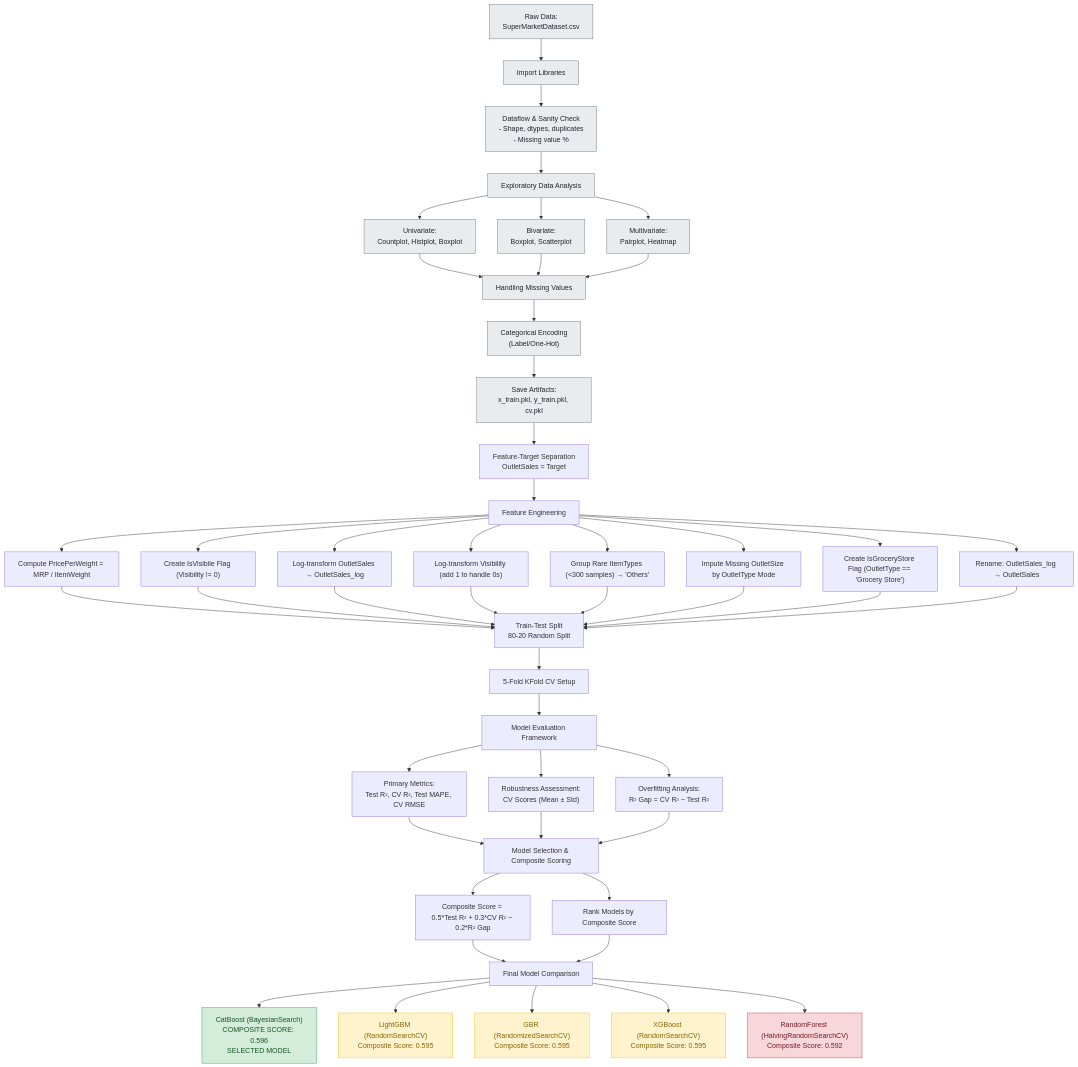
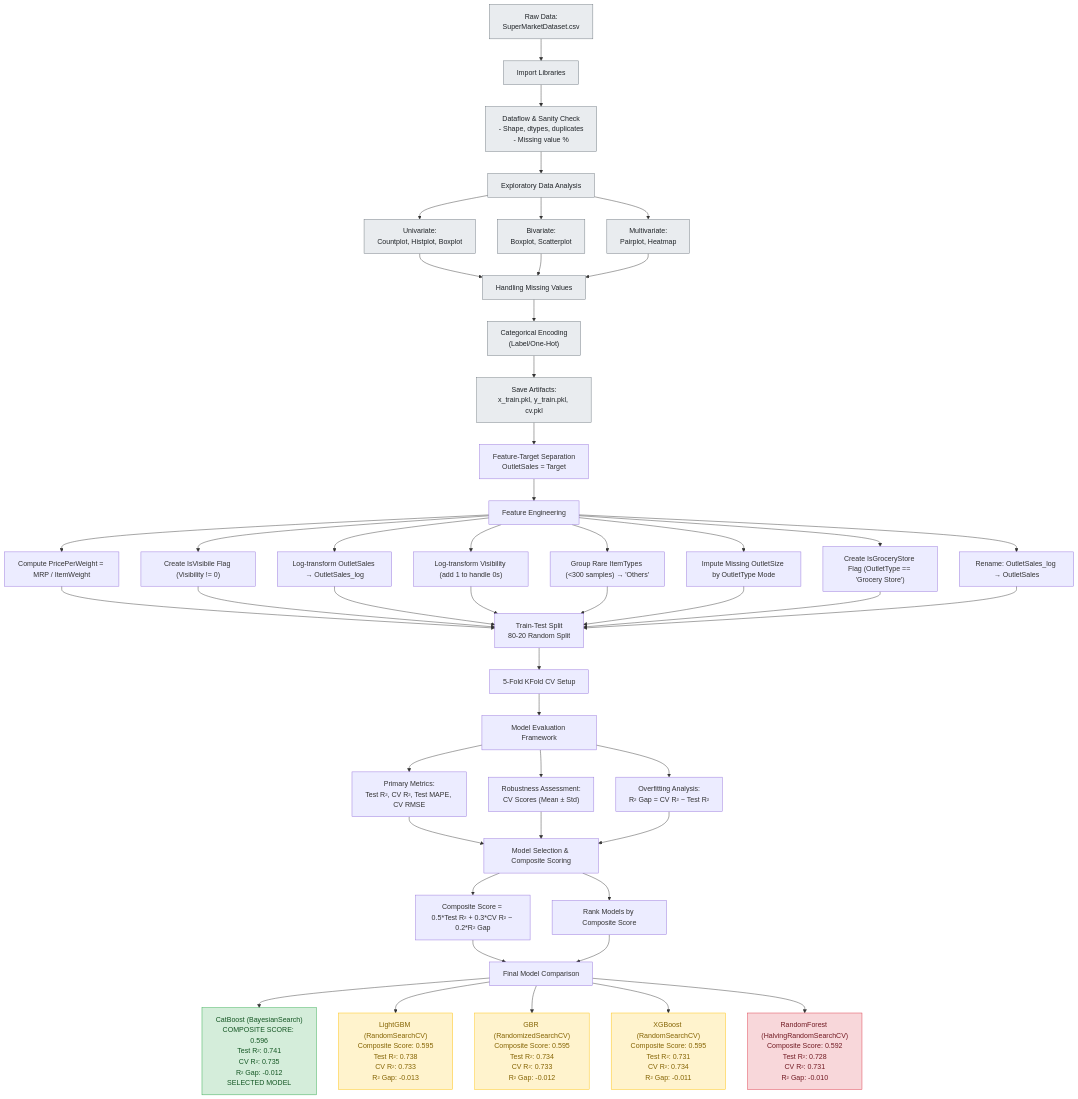
The second of 2 diagrams in README.md (tshihab07/Super-Market-Sales-Forecasting), drawn with Mermaid before and after one commit.

Commit message:
Update modeling flowchart

````diff
--- a/README.md
+++ b/README.md
@@ -184,70 +184,71 @@
 ```mermaid
 flowchart TD
     %% ================ PREPROCESSING PHASE ================
     A0["Raw Data:<br>SuperMarketDataset.csv"] --> A1["Import Libraries"]
     A1 --> A2["Dataflow & Sanity Check<br>- Shape, dtypes, duplicates<br>- Missing value %"]
     A2 --> A3["Exploratory Data Analysis"]
     A3 --> A3a["Univariate:<br>Countplot, Histplot, Boxplot"]
     A3 --> A3b["Bivariate:<br>Boxplot, Scatterplot"]
     A3 --> A3c["Multivariate:<br>Pairplot, Heatmap"]
     A3a --> A4["Handling Missing Values"]
     A3b --> A4
     A3c --> A4
     A4 --> A5["Categorical Encoding<br>(Label/One-Hot)"]
     A5 --> A6["Save Artifacts:<br>x_train.pkl, y_train.pkl, cv.pkl"]
 
     %% ================ MODELING PHASE ================
     A6 --> B["Feature-Target Separation<br>OutletSales = Target"]
     B --> C["Feature Engineering"]
     C --> C1["Compute PricePerWeight = MRP / ItemWeight"]
     C --> C2["Create IsVisibile Flag (Visibility != 0)"]
     C --> C3["Log-transform OutletSales → OutletSales_log"]
     C --> C4["Log-transform Visibility (add 1 to handle 0s)"]
     C --> C5["Group Rare ItemTypes (<300 samples) → 'Others'"]
     C --> C6["Impute Missing OutletSize by OutletType Mode"]
     C --> C7["Create IsGroceryStore Flag (OutletType == 'Grocery Store')"]
     C --> C8["Rename: OutletSales_log → OutletSales"]
     C1 --> D["Train-Test Split<br>80-20 Random Split"]
     C2 --> D
     C3 --> D
     C4 --> D
     C5 --> D
     C6 --> D
     C7 --> D
     C8 --> D
     D --> E["5-Fold KFold CV Setup"]
 
     %% Model Evaluation Framework
     E --> F["Model Evaluation Framework"]
     F --> F1["Primary Metrics:<br>Test R², CV R², Test MAPE, CV RMSE"]
     F --> F2["Robustness Assessment:<br>CV Scores (Mean ± Std)"]
     F --> F3["Overfitting Analysis:<br>R² Gap = CV R² − Test R²"]
 
     %% Model Selection & Composite Scoring
     F1 --> G["Model Selection & Composite Scoring"]
     F2 --> G
     F3 --> G
     G --> G1["Composite Score = 0.5*Test R² + 0.3*CV R² − 0.2*R² Gap"]
     G --> G2["Rank Models by Composite Score"]
 
     %% Final Model Comparison
     G1 --> H["Final Model Comparison"]
     G2 --> H
 
-    H --> I["CatBoost (BayesianSearch)<br>COMPOSITE SCORE: 0.596<br>SELECTED MODEL"]
-    H --> J["LightGBM (RandomSearchCV)<br>Composite Score: 0.595"]
-    H --> K["GBR (RandomizedSearchCV)<br>Composite Score: 0.595"]
-    H --> L["XGBoost (RandomSearchCV)<br>Composite Score: 0.595"]
-    H --> M["RandomForest (HalvingRandomSearchCV)<br>Composite Score: 0.592"]
+    H --> I["CatBoost (BayesianSearch)<br>COMPOSITE SCORE: 0.596<br>Test R²: 0.741<br>CV R²: 0.735<br>R² Gap: -0.012<br>SELECTED MODEL"]
+    H --> J["LightGBM (RandomSearchCV)<br>Composite Score: 0.595<br>Test R²: 0.738<br>CV R²: 0.733<br>R² Gap: -0.013"]
+    H --> K["GBR (RandomizedSearchCV)<br>Composite Score: 0.595<br>Test R²: 0.734<br>CV R²: 0.733<br>R² Gap: -0.012"]
+    H --> L["XGBoost (RandomSearchCV)<br>Composite Score: 0.595<br>Test R²: 0.731<br>CV R²: 0.734<br>R² Gap: -0.011"]
+    H --> M["RandomForest (HalvingRandomSearchCV)<br>Composite Score: 0.592<br>Test R²: 0.728<br>CV R²: 0.731<br>R² Gap: -0.010"]
+
 
     %% Styling
     classDef selected fill:#d4edda,stroke:#28a745,color:#155724;
     classDef good fill:#fff3cd,stroke:#ffc107,color:#856404;
     classDef fair fill:#f8d7da,stroke:#dc3545,color:#721c24;
     classDef prep fill:#e9ecef,stroke:#6c757d,color:#212529;
 
     class A0,A1,A2,A3,A3a,A3b,A3c,A4,A5,A6 prep
     class I selected
     class J,K,L good
     class M fair
 ```
````
